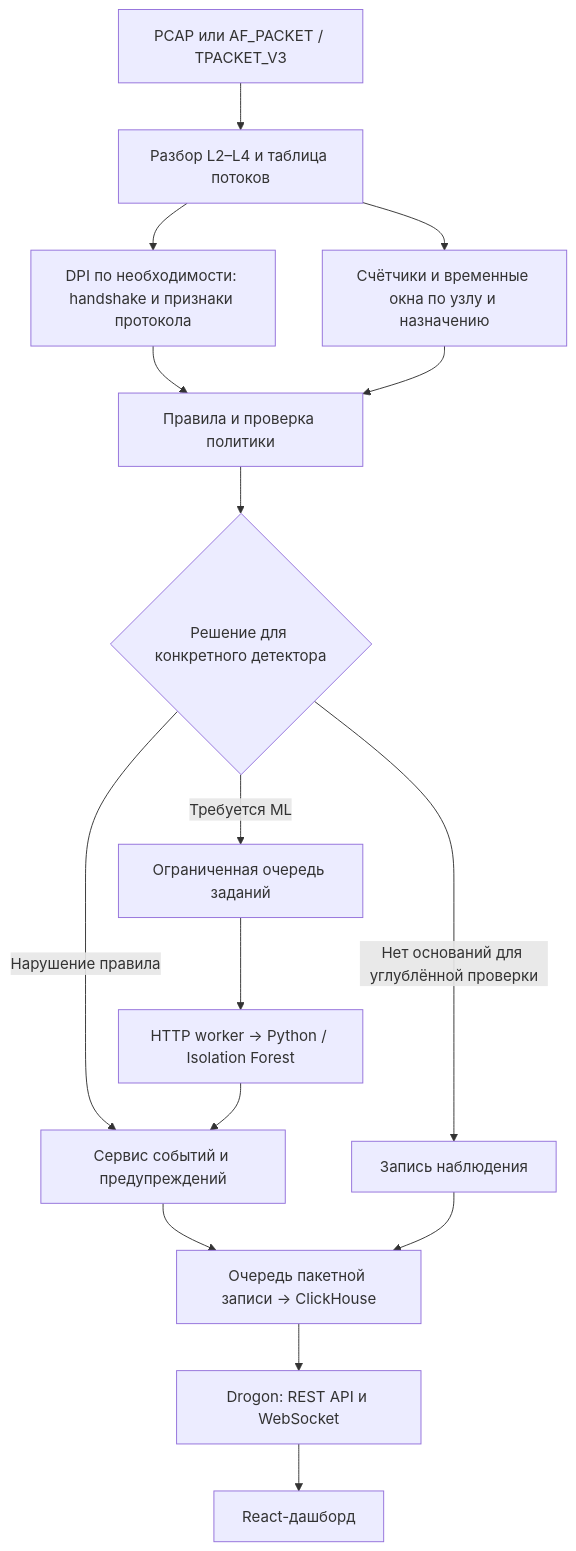
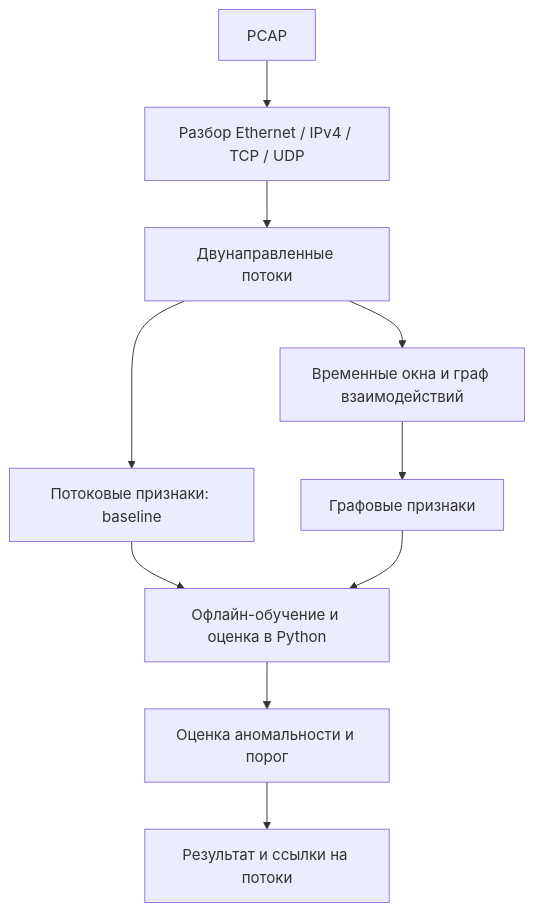
Before and after one commit to criizx/Militantyx: the diagram in docs/ARCHITECTURE_AND_DECISIONS.md, drawn with Mermaid. The commit also changed other lines of this file and 13 other files, not shown here.

````diff
--- a/docs/ARCHITECTURE_AND_DECISIONS.md
+++ b/docs/ARCHITECTURE_AND_DECISIONS.md
@@ -31,18 +8,12 @@
 ```mermaid
 flowchart TD
-    A["PCAP или AF_PACKET / TPACKET_V3"] --> B["Разбор L2–L4 и таблица потоков"]
-    B --> C["DPI по необходимости: handshake и признаки протокола"]
-    B --> D["Счётчики и временные окна по узлу и назначению"]
-    C --> E["Правила и проверка политики"]
-    D --> E
-    E --> F{"Решение для конкретного детектора"}
-    F -->|Нарушение правила| G["Сервис событий и предупреждений"]
-    F -->|Нет оснований для углублённой проверки| H["Запись наблюдения"]
-    F -->|Требуется ML| I["Ограниченная очередь заданий"]
-    I --> J["HTTP worker → Python / Isolation Forest"]
-    J --> G
-    G --> K["Очередь пакетной записи → ClickHouse"]
-    H --> K
-    K --> L["Drogon: REST API и WebSocket"]
-    L --> M["React-дашборд"]
+    A[PCAP] --> B[Разбор Ethernet / IPv4 / TCP / UDP]
+    B --> C[Двунаправленные потоки]
+    C --> D[Временные окна и граф взаимодействий]
+    C --> E[Потоковые признаки: baseline]
+    D --> F[Графовые признаки]
+    E --> G[Офлайн-обучение и оценка в Python]
+    F --> G
+    G --> H[Оценка аномальности и порог]
+    H --> I[Результат и ссылки на потоки]
 ```
````
